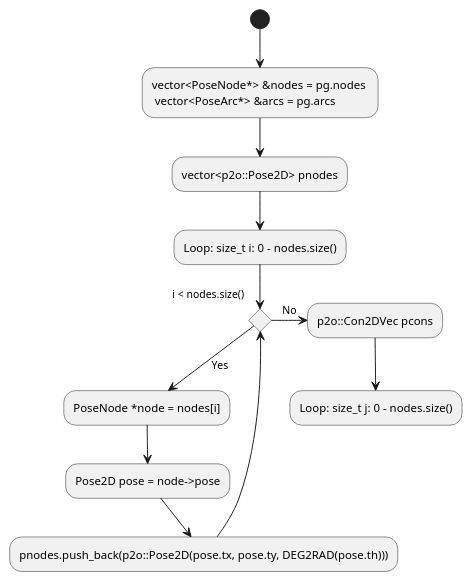
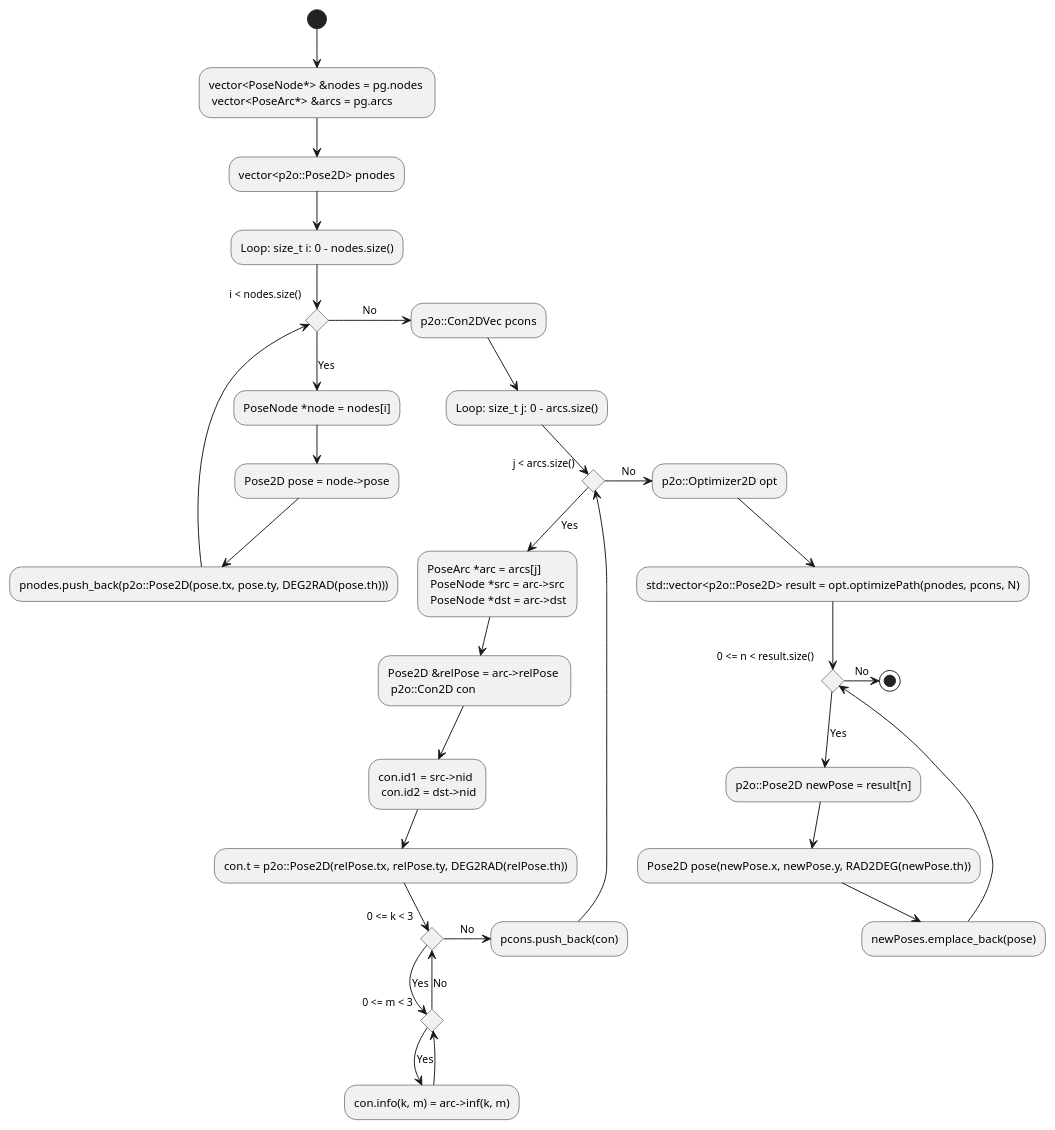
The diagram in PlantUML/P2oDriver2D/P2oDriver2D_Activity_doP2o.puml (ShisatoYano/SLAMDesignUML), drawn with PlantUML before and after one commit.

Commit message:
add activity.

```diff
--- a/PlantUML/P2oDriver2D/P2oDriver2D_Activity_doP2o.puml
+++ b/PlantUML/P2oDriver2D/P2oDriver2D_Activity_doP2o.puml
@@ -1,24 +1,47 @@
 @startuml
 
 /'
     adjust pose graph
     robot trajectory based on the result is stored as new pose
     input1: PoseGraph &pg
     input2: vector<Pose2D> &newPoses
     input3: int N
 '/
 
 (*) --> "vector<PoseNode*> &nodes = pg.nodes \n vector<PoseArc*> &arcs = pg.arcs"
 --> "vector<p2o::Pose2D> pnodes"
 --> "Loop: size_t i: 0 - nodes.size()"
 --> if "i < nodes.size()" as judge_i then
         --> [Yes] "PoseNode *node = nodes[i]"
         --> Pose2D pose = node->pose
         --> "pnodes.push_back(p2o::Pose2D(pose.tx, pose.ty, DEG2RAD(pose.th)))"
         --> judge_i
     else
         -> [No] "p2o::Con2DVec pcons"
-"p2o::Con2DVec pcons" --> "Loop: size_t j: 0 - nodes.size()"
-
+"p2o::Con2DVec pcons" --> "Loop: size_t j: 0 - arcs.size()"
+--> if "j < arcs.size()" as judge_j then
+        --> [Yes] "PoseArc *arc = arcs[j] \n PoseNode *src = arc->src \n PoseNode *dst = arc->dst"
+        --> "Pose2D &relPose = arc->relPose \n p2o::Con2D con"
+        --> "con.id1 = src->nid \n con.id2 = dst->nid"
+        --> "con.t = p2o::Pose2D(relPose.tx, relPose.ty, DEG2RAD(relPose.th))"
+        if "0 <= k < 3" as judge_k then
+            --> [Yes] if "0 <= m < 3" as judge_m then
+                --> [Yes] "con.info(k, m) = arc->inf(k, m)"
+                --> judge_m
+                else
+                    --> [No] judge_k
+        else
+            judge_k -> [No] "pcons.push_back(con)"
+            --> judge_j
+    else
+        judge_j -> [No] "p2o::Optimizer2D opt"
+--> "std::vector<p2o::Pose2D> result = opt.optimizePath(pnodes, pcons, N)"
+--> if "0 <= n < result.size()" as judge_n then
+        --> [Yes] "p2o::Pose2D newPose = result[n]"
+        --> "Pose2D pose(newPose.x, newPose.y, RAD2DEG(newPose.th))"
+        --> newPoses.emplace_back(pose)
+        --> judge_n
+    else
+        -> [No] (*)
 
 @enduml
```
